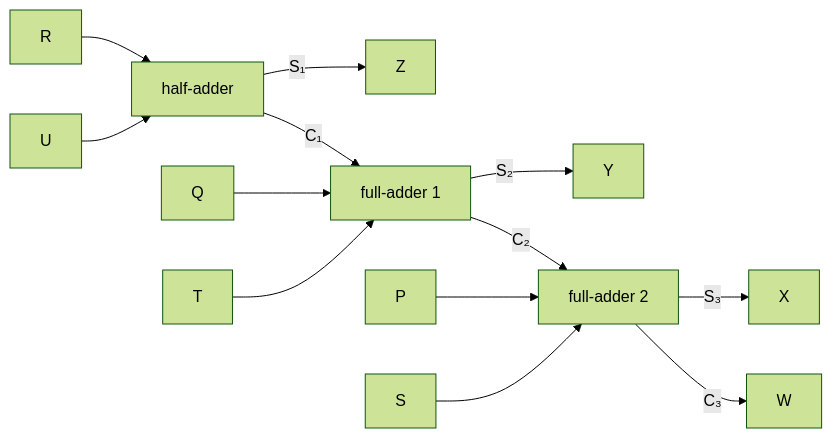
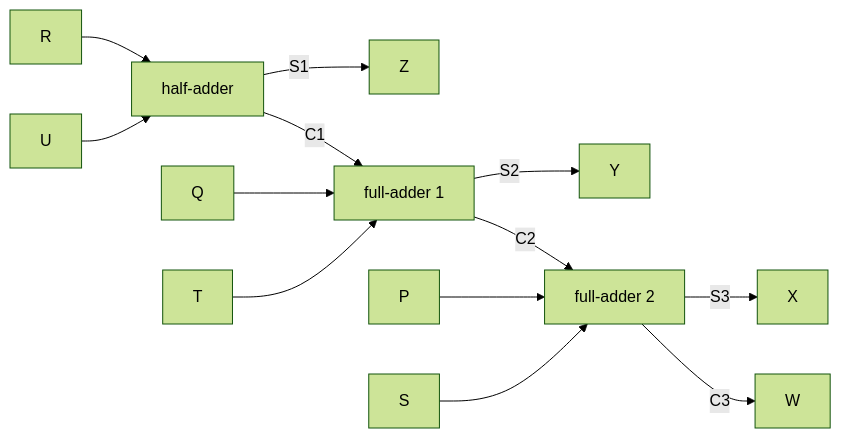
One commit to Choroning/25Fall_Discrete-Mathematics changed the fifth of 5 diagrams in Lecture-Notes/Ch02_The-Logic-of-Compound-Statements/Concepts_Lecture.md. Above: the diagram before and after it, drawn with Mermaid (forest theme). The commit also changed other lines of this file and 37 other files, not shown here.

````diff
--- a/Lecture-Notes/Ch02_The-Logic-of-Compound-Statements/Concepts_Lecture.md
+++ b/Lecture-Notes/Ch02_The-Logic-of-Compound-Statements/Concepts_Lecture.md
@@ -1731,15 +1735,15 @@
 ```mermaid
 graph LR
     R["R"] --> HA["half-adder"]
     U["U"] --> HA
-    HA -->|"S₁"| Z["Z"]
-    HA -->|"C₁"| FA1["full-adder 1"]
+    HA -->|"S1"| Z["Z"]
+    HA -->|"C1"| FA1["full-adder 1"]
     Q["Q"] --> FA1
     T["T"] --> FA1
-    FA1 -->|"S₂"| Y["Y"]
-    FA1 -->|"C₂"| FA2["full-adder 2"]
+    FA1 -->|"S2"| Y["Y"]
+    FA1 -->|"C2"| FA2["full-adder 2"]
     P["P"] --> FA2
     S["S"] --> FA2
-    FA2 -->|"S₃"| X["X"]
-    FA2 -->|"C₃"| W["W"]
+    FA2 -->|"S3"| X["X"]
+    FA2 -->|"C3"| W["W"]
 ```
````
